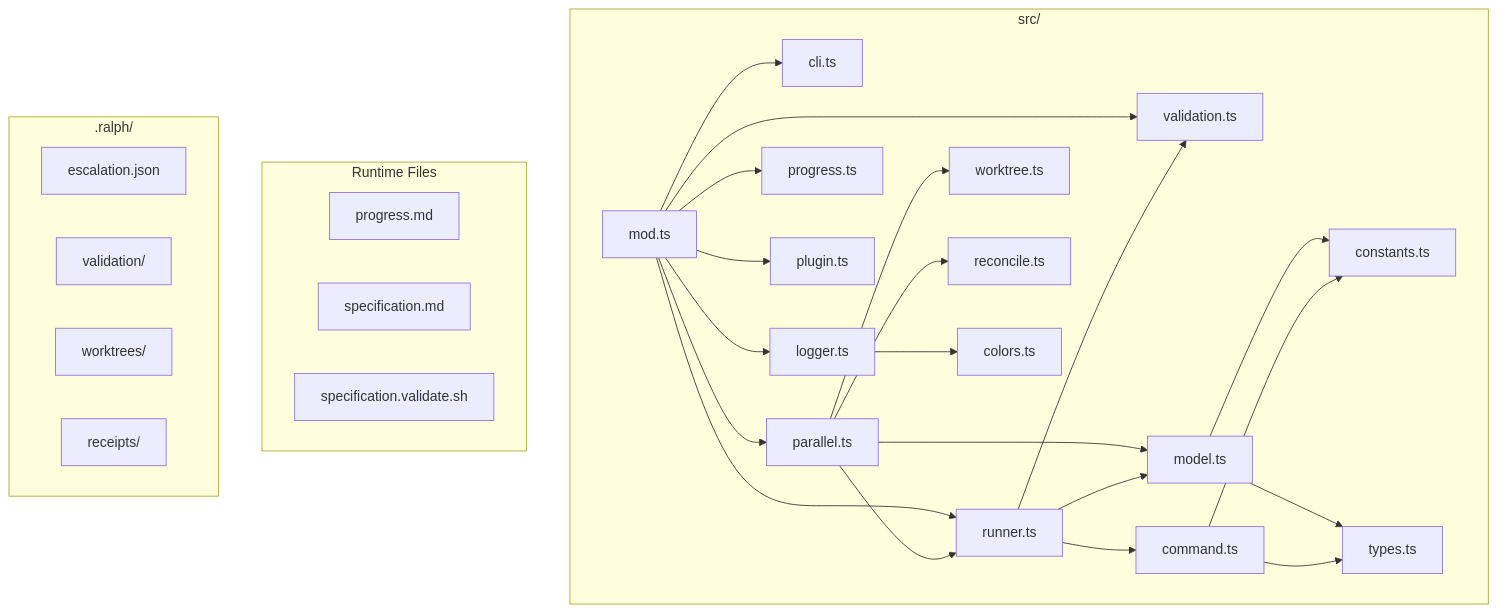
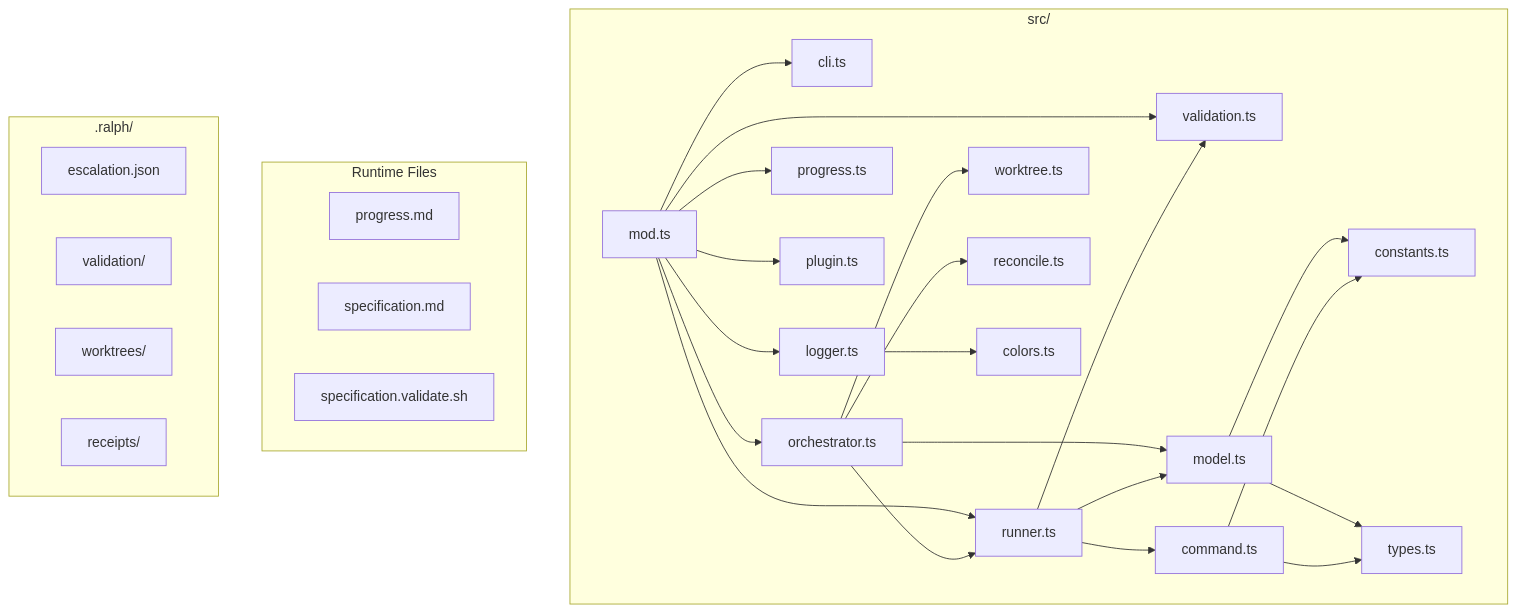
Before and after one commit to cdaringe/ralphmania: the fifth of 5 diagrams in ARCHITECTURE.md, drawn with Mermaid. The commit also changed other lines of this file and 16 other files, not shown here.

````diff
--- a/ARCHITECTURE.md
+++ b/ARCHITECTURE.md
@@ -129,42 +129,42 @@
 ```mermaid
 graph TD
     subgraph Sources ["src/"]
         mod.ts --> cli.ts
         mod.ts --> runner.ts
-        mod.ts --> parallel.ts
+        mod.ts --> orchestrator.ts
         mod.ts --> progress.ts
         mod.ts --> validation.ts
         mod.ts --> plugin.ts
         mod.ts --> logger.ts
 
-        parallel.ts --> worktree.ts
-        parallel.ts --> reconcile.ts
-        parallel.ts --> runner.ts
-        parallel.ts --> model.ts
+        orchestrator.ts --> worktree.ts
+        orchestrator.ts --> reconcile.ts
+        orchestrator.ts --> runner.ts
+        orchestrator.ts --> model.ts
 
         runner.ts --> command.ts
         runner.ts --> validation.ts
         runner.ts --> model.ts
 
         model.ts --> constants.ts
         model.ts --> types.ts
 
         command.ts --> types.ts
         command.ts --> constants.ts
 
         logger.ts --> colors.ts
     end
 
     subgraph Runtime ["Runtime Files"]
         progress.md
         specification.md
         specification.validate.sh
     end
 
     subgraph Ralph [".ralph/"]
         escalation.json
         validation/
         worktrees/
         receipts/
     end
 ```
````
